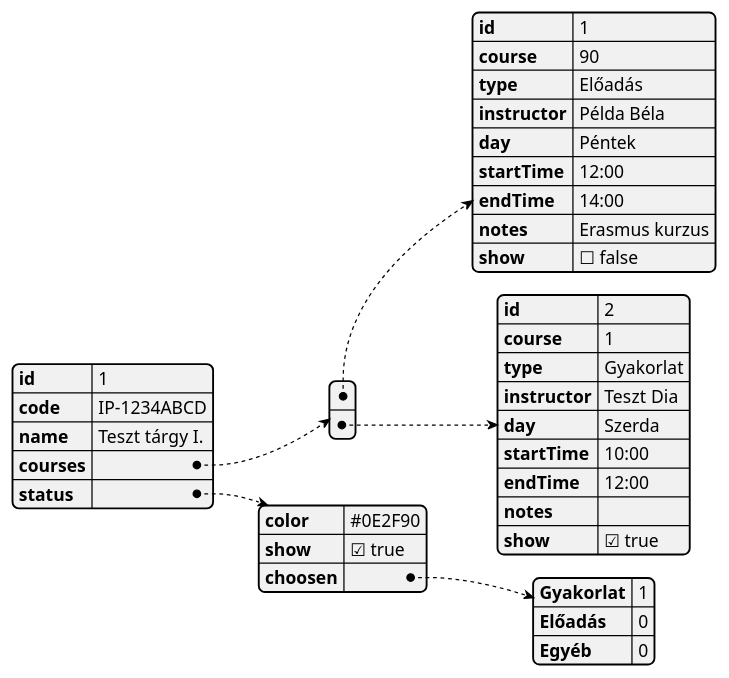
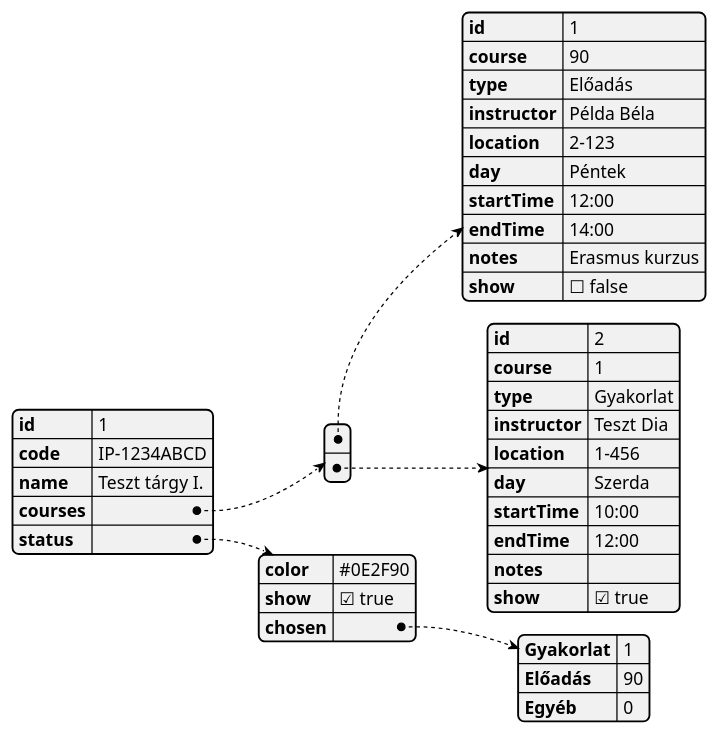
The diagram in uml/subjects-json.puml (Vdor01/orarendtervezo), drawn with PlantUML before and after one commit. The commit also changed 24 other files, not shown here.

Commit message:
Added new diagrams, fixed old ones

```diff
--- a/uml/subjects-json.puml
+++ b/uml/subjects-json.puml
@@ -1,40 +1,42 @@
 @startjson subjects
 {
   "id": 1,
   "code": "IP-1234ABCD",
   "name": "Teszt tárgy I.",
   "courses": [
     {
       "id": 1,
-      "course": 90,
+      "course": "90",
       "type": "Előadás",
       "instructor": "Példa Béla",
+      "location": "2-123",
       "day": "Péntek",
       "startTime": "12:00",
       "endTime": "14:00",
       "notes": "Erasmus kurzus",
       "show": false
     },
     {
       "id": 2,
-      "course": 1,
+      "course": "1",
       "type": "Gyakorlat",
       "instructor": "Teszt Dia",
+      "location": "1-456",
       "day": "Szerda",
       "startTime": "10:00",
       "endTime": "12:00",
       "notes": "",
       "show": true
     }
   ],
   "status": {
     "color": "#0E2F90",
     "show": true,
-    "choosen": {
+    "chosen": {
       "Gyakorlat": 1,
-      "Előadás": 0,
+      "Előadás": 90,
       "Egyéb": 0
     }
   }
 }
 @endjson
```
